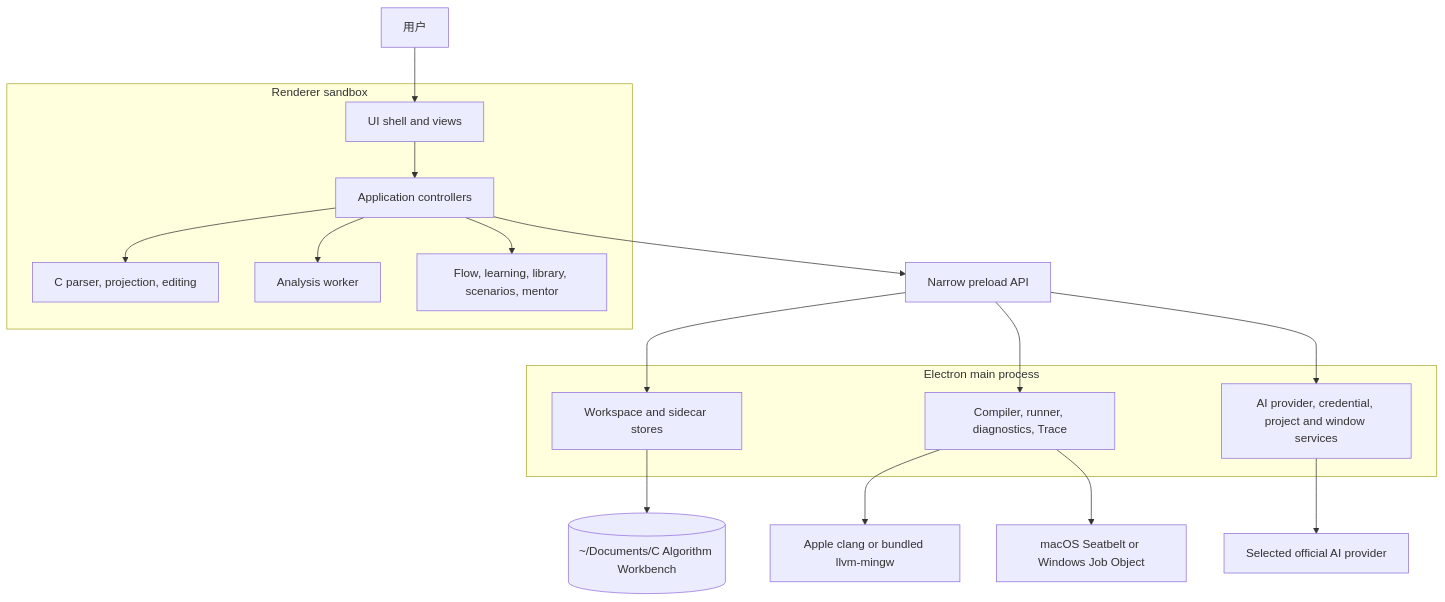
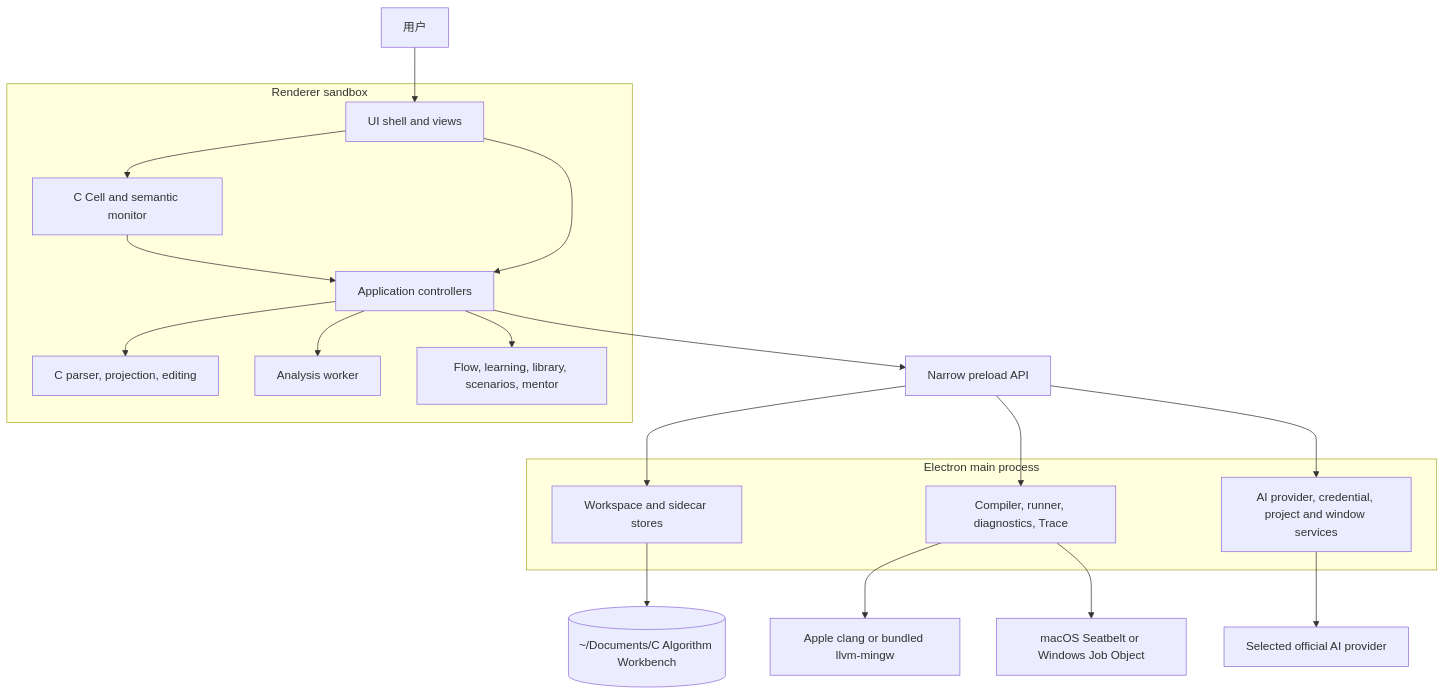
One commit to Ice-teapop/algolatch changed the first of 3 diagrams in docs/architecture/README.md. Above: the diagram before and after it, drawn with Mermaid. The commit also changed other lines of this file and 146 other files, not shown here.

````diff
--- a/docs/architecture/README.md
+++ b/docs/architecture/README.md
@@ -20,39 +23,42 @@
 ```mermaid
 flowchart TB
   User["用户"]
 
   subgraph Renderer["Renderer sandbox"]
     Shell["UI shell and views"]
+    Cell["C Cell and semantic monitor"]
     App["Application controllers"]
     Core["C parser, projection, editing"]
     Analysis["Analysis worker"]
     Domains["Flow, learning, library, scenarios, mentor"]
   end
 
   Preload["Narrow preload API"]
 
   subgraph Main["Electron main process"]
     Workspace["Workspace and sidecar stores"]
     Runner["Compiler, runner, diagnostics, Trace"]
     AI["AI provider, credential, project and window services"]
   end
 
   Documents[("~/Documents/C Algorithm Workbench")]
   Toolchain["Apple clang or bundled llvm-mingw"]
   Isolation["macOS Seatbelt or Windows Job Object"]
   Providers["Selected official AI provider"]
 
   User --> Shell
+  Shell --> Cell
+  Cell --> App
   Shell --> App
   App --> Core
   App --> Analysis
   App --> Domains
   App --> Preload
   Preload --> Workspace
   Preload --> Runner
   Preload --> AI
   Workspace --> Documents
   Runner --> Toolchain
   Runner --> Isolation
   AI --> Providers
 ```
````
